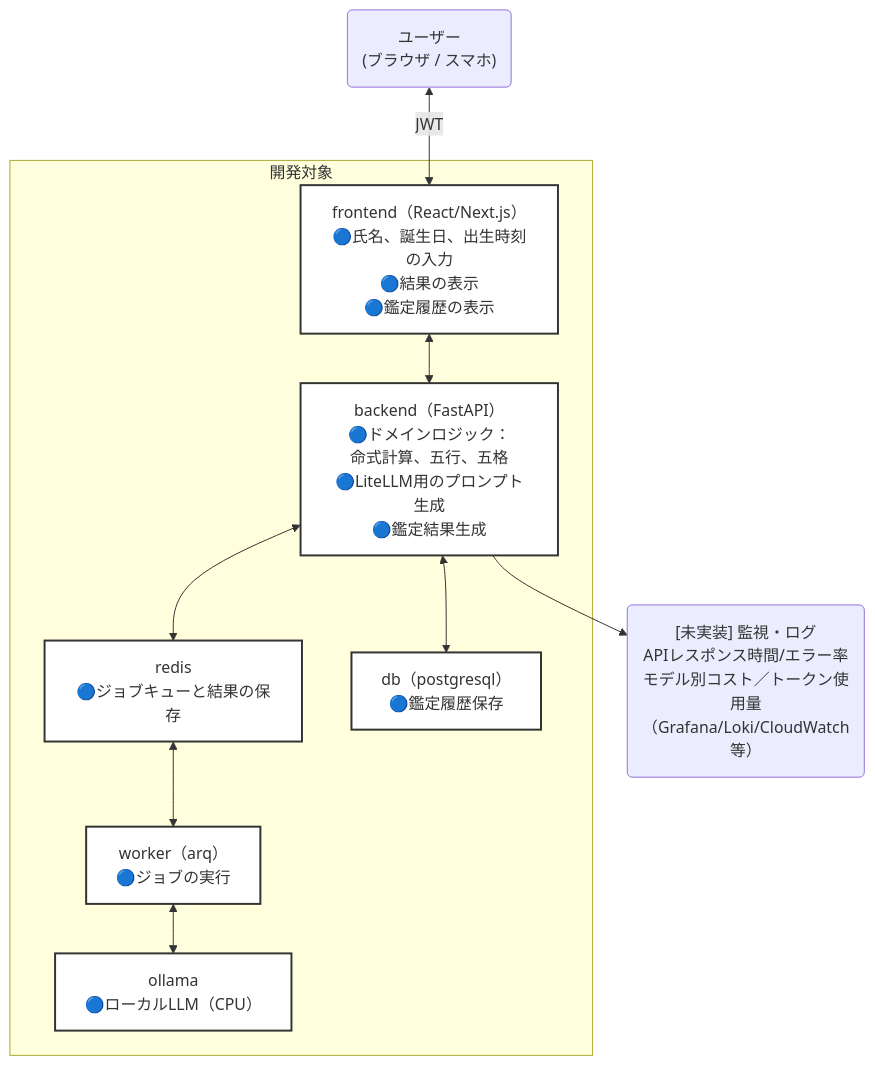
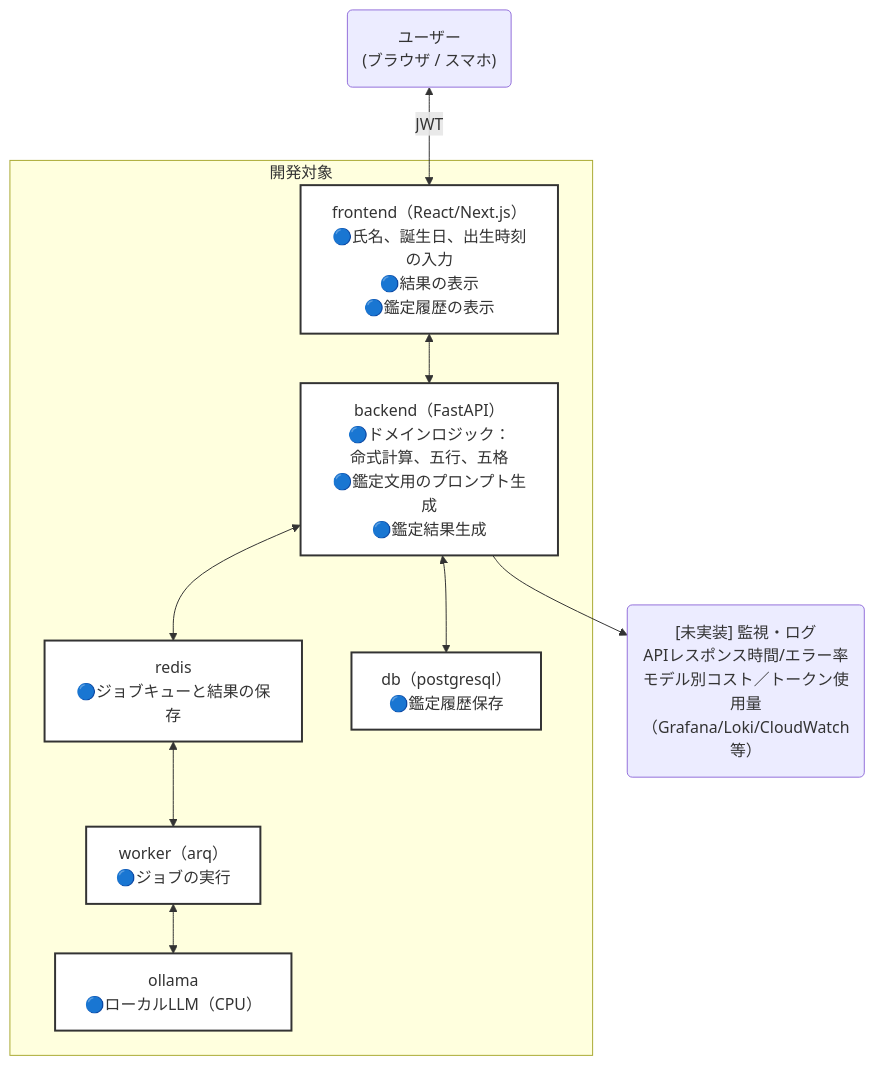
Before and after one commit to plaodas/fortunes: the diagram in README.md, drawn with Mermaid. The commit also changed other lines of this file and 7 other files, not shown here.

````diff
--- a/README.md
+++ b/README.md
@@ -32,53 +32,53 @@
 ```mermaid
 flowchart TD
   %% ノード定義
   user("`ユーザー
     (ブラウザ / スマホ)
   `")
   subgraph 開発対象
     frontend["`frontend（React/Next.js）
       🔵氏名、誕生日、出生時刻の入力
       🔵結果の表示
       🔵鑑定履歴の表示
     `"]
     backend["`backend（FastAPI）
       🔵ドメインロジック：
         命式計算、五行、五格
-      🔵LiteLLM用のプロンプト生成
+      🔵鑑定文用のプロンプト生成
       🔵鑑定結果生成
     `"]
     worker["`worker（arq）
       🔵ジョブの実行
     `"]
     redis["`redis
       🔵ジョブキューと結果の保存
     `"]
     db["`db（postgresql）
       🔵鑑定履歴保存
     `"]
     ollama["`ollama
       🔵ローカルLLM（CPU）
     `"]
   end
   monitor("`[未実装] 監視・ログ
     APIレスポンス時間/エラー率
     モデル別コスト／トークン使用量
     （Grafana/Loki/CloudWatch等）
   `")
 
   user <-->|JWT| frontend
   frontend <--> backend
   backend <--> redis
   redis <--> worker
   backend <--> db
   backend --> monitor
   worker <--> ollama
 
   %% 幅を指定するクラス定義（pxで指定）
 
   classDef wideCard stroke:#333,stroke-width:1px
   class * wideCard
   classDef dev fill:#fff,stroke:#333,stroke-width:2px,width:400px;text-align:center
   class frontend,backend,worker,redis,db,ollama dev
 
 ```
````
